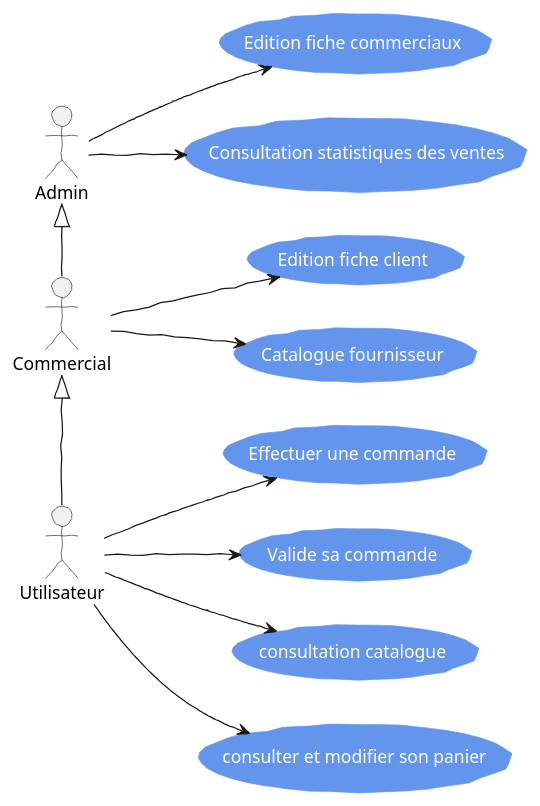
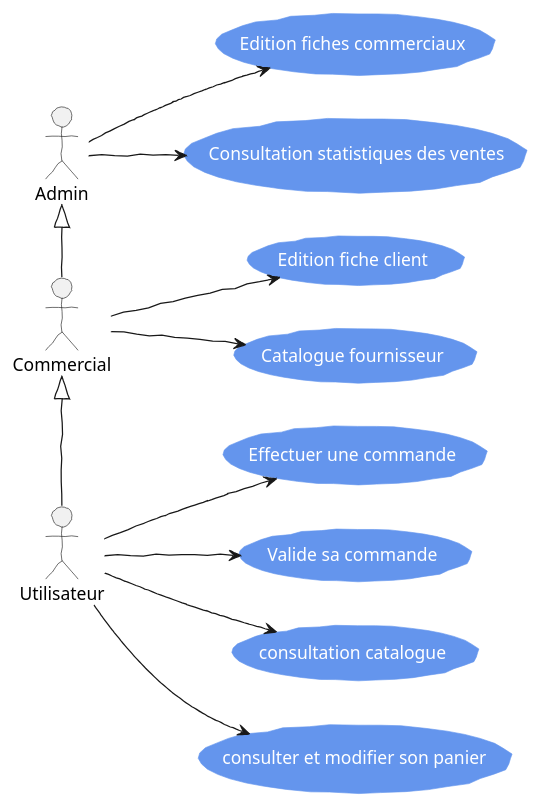
The diagram in puml/cas_util.puml (germainsip/projet-village), drawn with PlantUML before and after one commit.

Commit message:
correction

```diff
--- a/puml/cas_util.puml
+++ b/puml/cas_util.puml
@@ -1,22 +1,22 @@
 @startuml cas utilisation
 skinparam handwritten true
 skinparam usecase {
   BackgroundColor cornflowerblue
   bordercolor cornflowerblue
   fontColor white
 }
 left to right direction
 actor Utilisateur as U 
 actor Admin as A
 actor Commercial as C
 U-->(consultation catalogue)
 U-->(consulter et modifier son panier)
 U-->(Effectuer une commande)
 U-->(Valide sa commande)
 C<|-U
 C-->(Edition fiche client)
 C-->(Catalogue fournisseur)
 A<|-C
-A-->(Edition fiche commerciaux)
+A-->(Edition fiches commerciaux)
 A-->(Consultation statistiques des ventes)
 @enduml
```
